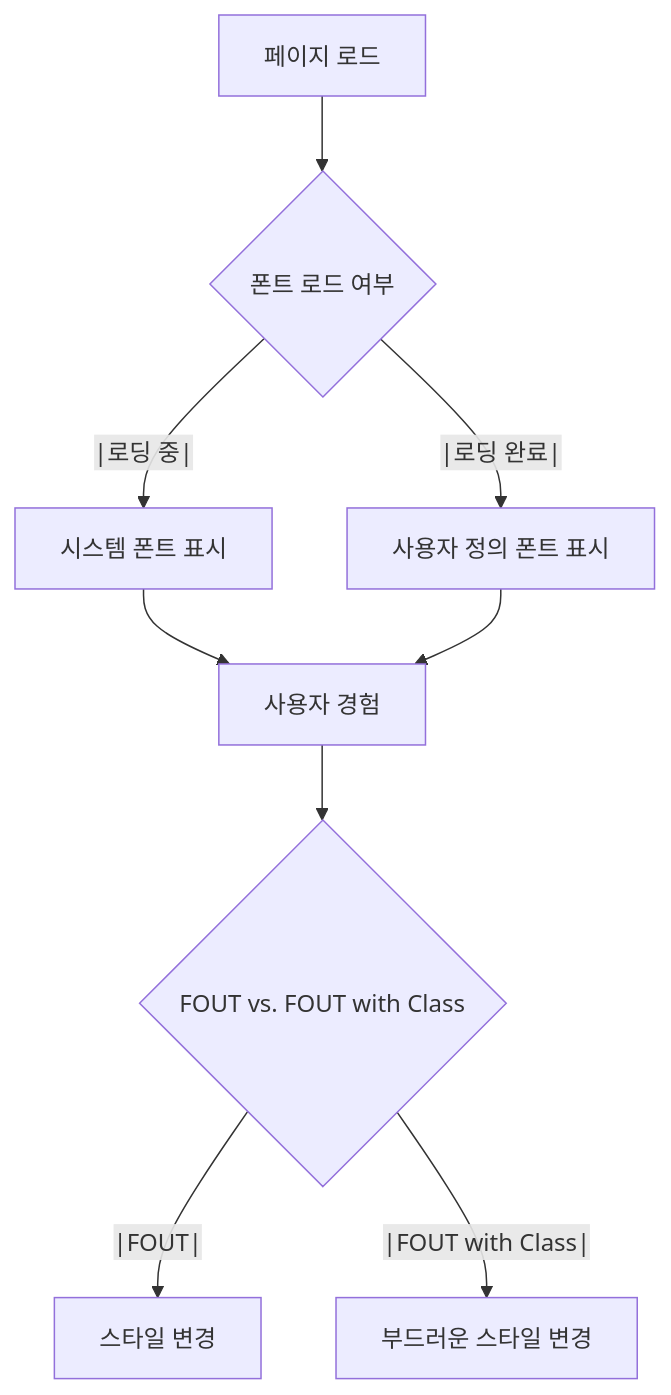
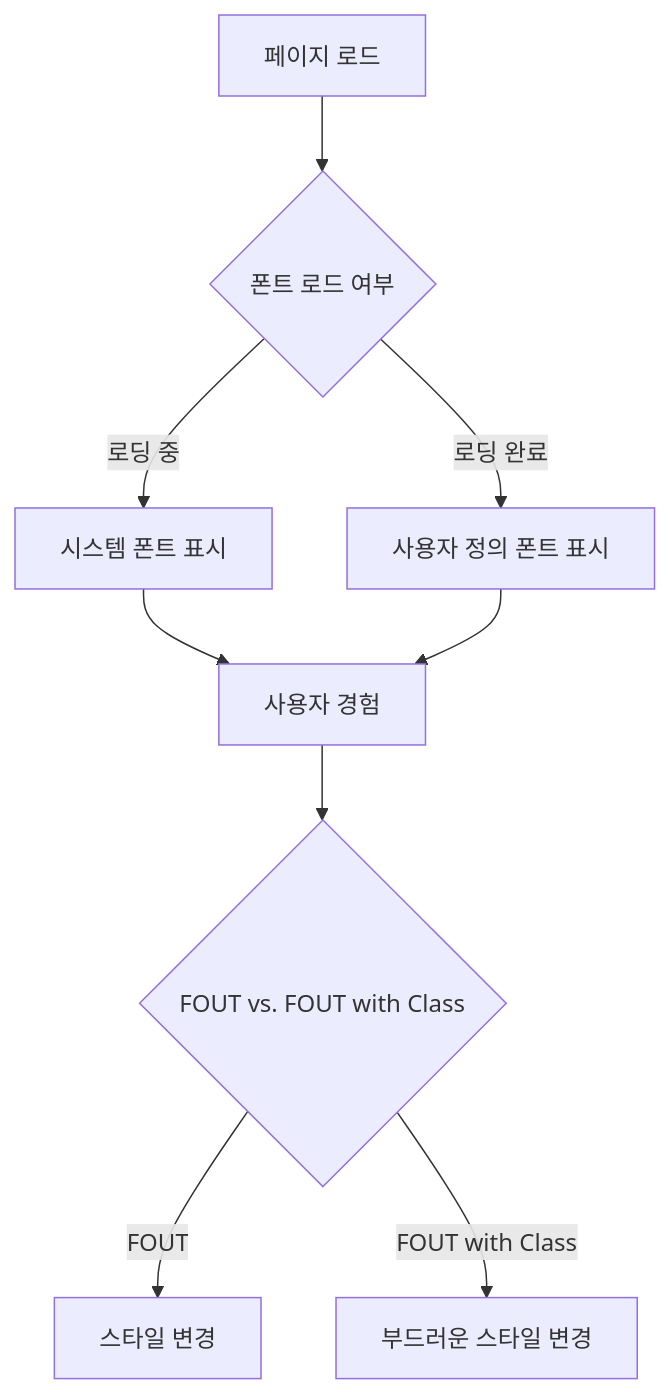
One commit to 42jerrykim/42jerrykim.github.io changed the sixth of 11 diagrams in content/post/2024/2024-09-10-web-font/index.md. Above: the diagram before and after it, drawn with Mermaid. The commit also changed other lines of this file and 239 other files, not shown here.

````diff
--- a/content/post/2024/2024-09-10-web-font/index.md
+++ b/content/post/2024/2024-09-10-web-font/index.md
@@ -519,11 +566,11 @@
 ```mermaid
-graph TD;
-    A[페이지 로드] --> B{폰트 로드 여부}
-    B --|로딩 중|--> C[시스템 폰트 표시]
-    B --|로딩 완료|--> D[사용자 정의 폰트 표시]
-    C --> E[사용자 경험]
-    D --> E
-    E --> F{FOUT vs. FOUT with Class}
-    F --|FOUT|--> G[스타일 변경]
-    F --|FOUT with Class|--> H[부드러운 스타일 변경]
+graph TD
+    PageLoadFout["페이지 로드"] --> FontCheck{"폰트 로드 여부"}
+    FontCheck -->|"로딩 중"| SystemFont["시스템 폰트 표시"]
+    FontCheck -->|"로딩 완료"| CustomFont["사용자 정의 폰트 표시"]
+    SystemFont --> UXNode["사용자 경험"]
+    CustomFont --> UXNode
+    UXNode --> StrategyCompare{"FOUT vs. FOUT with Class"}
+    StrategyCompare -->|"FOUT"| StyleChange["스타일 변경"]
+    StrategyCompare -->|"FOUT with Class"| SmoothChange["부드러운 스타일 변경"]
 ```
````
